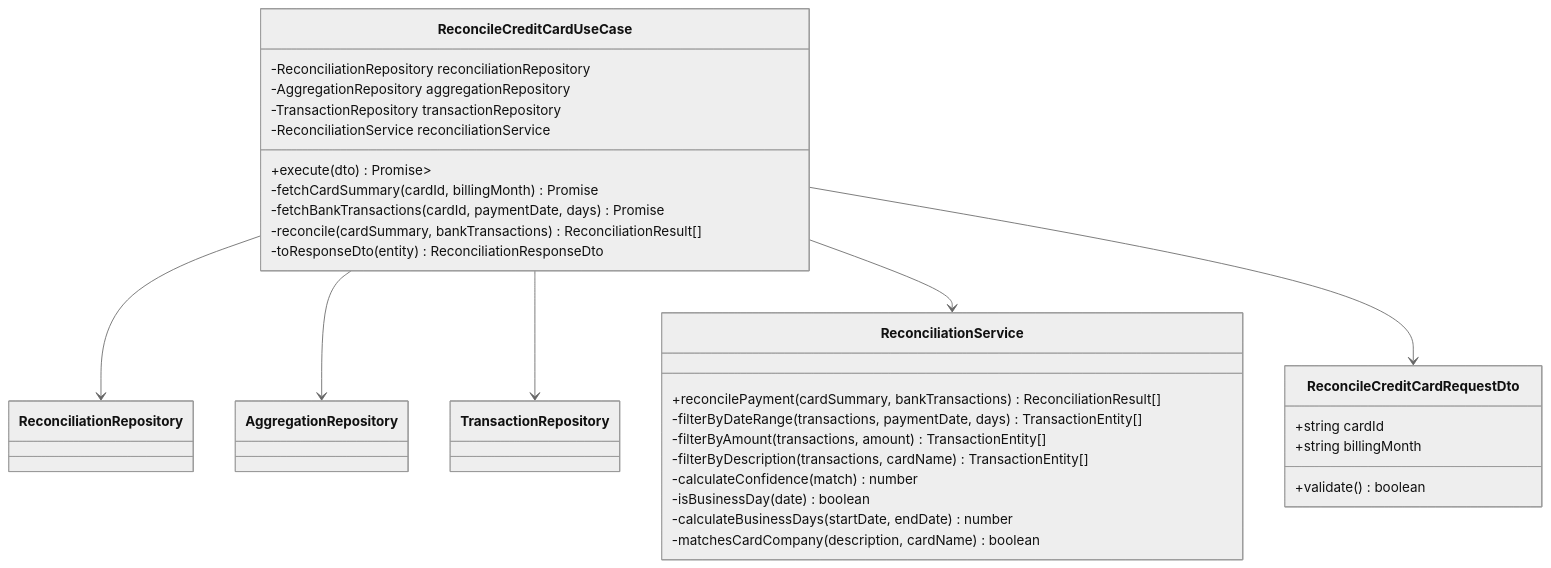
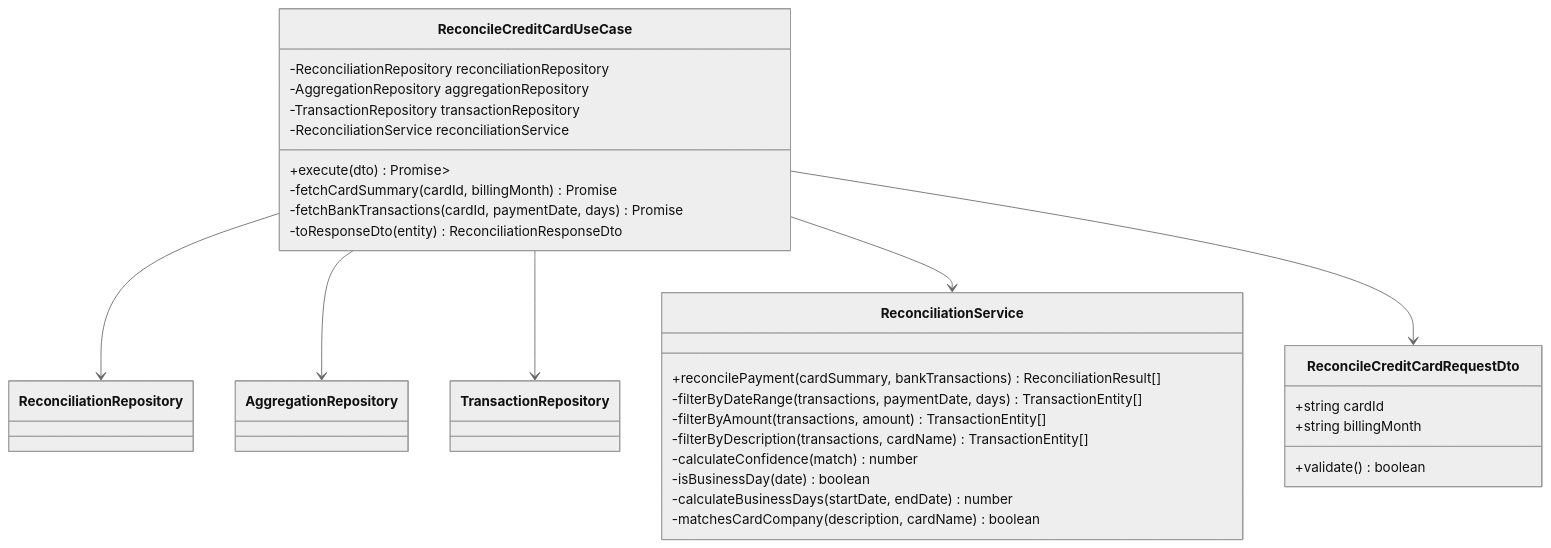
Before and after one commit to kencom2400/account-book: the second of 6 diagrams in docs/detailed-design/FR-013_bank-withdrawal-reconciliation/class-diagrams.md, drawn with Mermaid (neutral theme). The commit also changed other lines of this file, not shown here.

````diff
--- a/docs/detailed-design/FR-013_bank-withdrawal-reconciliation/class-diagrams.md
+++ b/docs/detailed-design/FR-013_bank-withdrawal-reconciliation/class-diagrams.md
@@ -168,37 +170,36 @@
 ```mermaid
 classDiagram
     class ReconcileCreditCardUseCase {
         -ReconciliationRepository reconciliationRepository
         -AggregationRepository aggregationRepository
         -TransactionRepository transactionRepository
         -ReconciliationService reconciliationService
         +execute(dto) Promise<Result<ReconciliationResponseDto>>
         -fetchCardSummary(cardId, billingMonth) Promise<MonthlyCardSummary>
         -fetchBankTransactions(cardId, paymentDate, days) Promise<TransactionEntity[]>
-        -reconcile(cardSummary, bankTransactions) ReconciliationResult[]
         -toResponseDto(entity) ReconciliationResponseDto
     }
 
     class ReconciliationService {
         +reconcilePayment(cardSummary, bankTransactions) ReconciliationResult[]
         -filterByDateRange(transactions, paymentDate, days) TransactionEntity[]
         -filterByAmount(transactions, amount) TransactionEntity[]
         -filterByDescription(transactions, cardName) TransactionEntity[]
         -calculateConfidence(match) number
         -isBusinessDay(date) boolean
         -calculateBusinessDays(startDate, endDate) number
         -matchesCardCompany(description, cardName) boolean
     }
 
     class ReconcileCreditCardRequestDto {
         +string cardId
         +string billingMonth
         +validate() boolean
     }
 
     ReconcileCreditCardUseCase --> ReconciliationRepository
     ReconcileCreditCardUseCase --> AggregationRepository
     ReconcileCreditCardUseCase --> TransactionRepository
     ReconcileCreditCardUseCase --> ReconciliationService
     ReconcileCreditCardUseCase --> ReconcileCreditCardRequestDto
 ```
````
